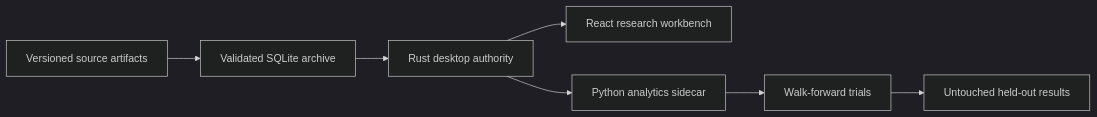
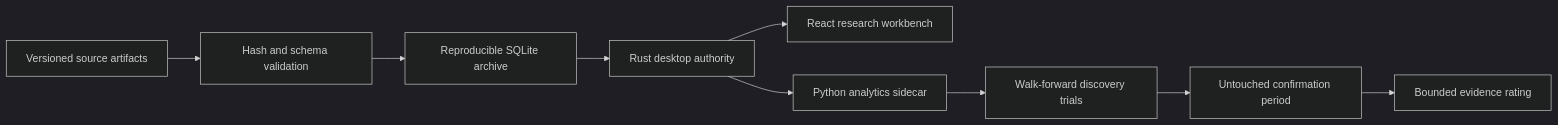
Before and after one commit to NouraldinFarge/drawscope: the diagram in README.md, drawn with Mermaid (dark theme). The commit also changed other lines of this file and 28 other files, not shown here.

````diff
--- a/README.md
+++ b/README.md
@@ -26,9 +62,11 @@
 ```mermaid
 flowchart LR
-    A["Versioned source artifacts"] --> B["Validated SQLite archive"]
-    B --> C["Rust desktop authority"]
-    C --> D["React research workbench"]
-    C --> E["Python analytics sidecar"]
-    E --> F["Walk-forward trials"]
-    F --> G["Untouched held-out results"]
+    A["Versioned source artifacts"] --> B["Hash and schema validation"]
+    B --> C["Reproducible SQLite archive"]
+    C --> D["Rust desktop authority"]
+    D --> E["React research workbench"]
+    D --> F["Python analytics sidecar"]
+    F --> G["Walk-forward discovery trials"]
+    G --> H["Untouched confirmation period"]
+    H --> I["Bounded evidence rating"]
 ```
````
